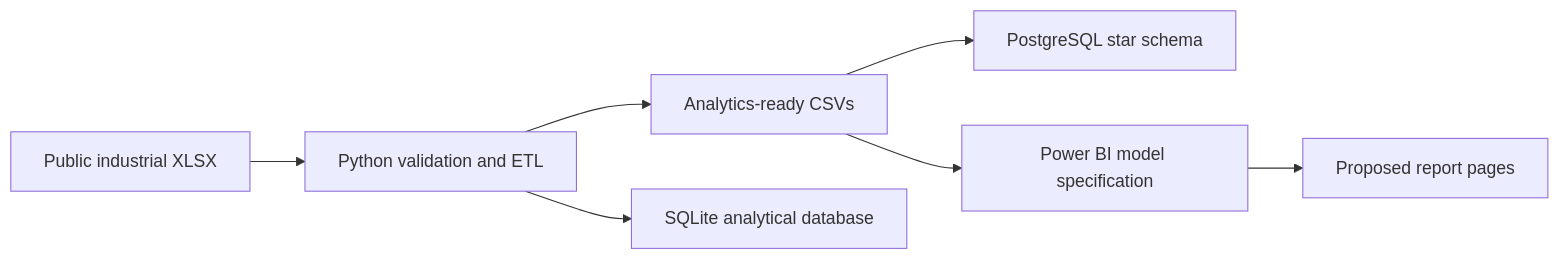
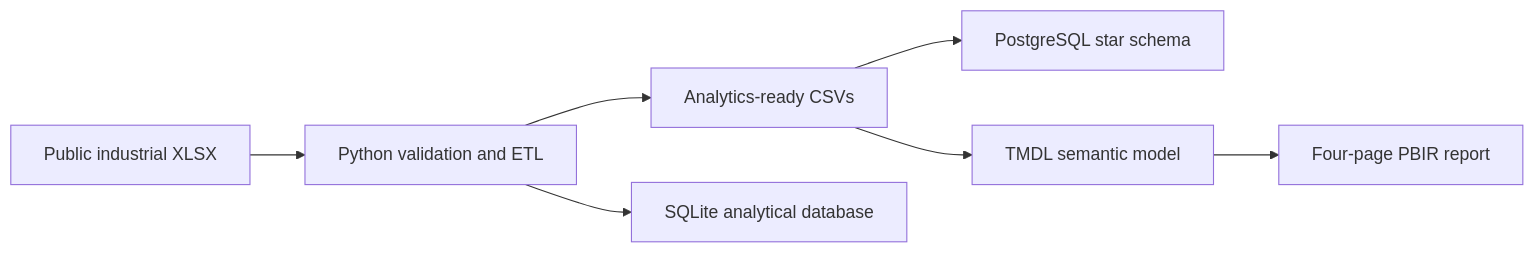
One commit to agbajames/manufacturing-operations-analytics changed the first of 2 diagrams in README.md. Above: the diagram before and after it, drawn with Mermaid. The commit also changed other lines of this file and 63 other files, not shown here.

Commit message:
Add validated four-page Power BI project

````diff
--- a/README.md
+++ b/README.md
@@ -39,9 +41,9 @@
 ```mermaid
 flowchart LR
     A["Public industrial XLSX"] --> B["Python validation and ETL"]
     B --> C["Analytics-ready CSVs"]
     B --> D["SQLite analytical database"]
     C --> E["PostgreSQL star schema"]
-    C --> F["Power BI model specification"]
-    F --> G["Proposed report pages"]
+    C --> F["TMDL semantic model"]
+    F --> G["Four-page PBIR report"]
 ```
````
